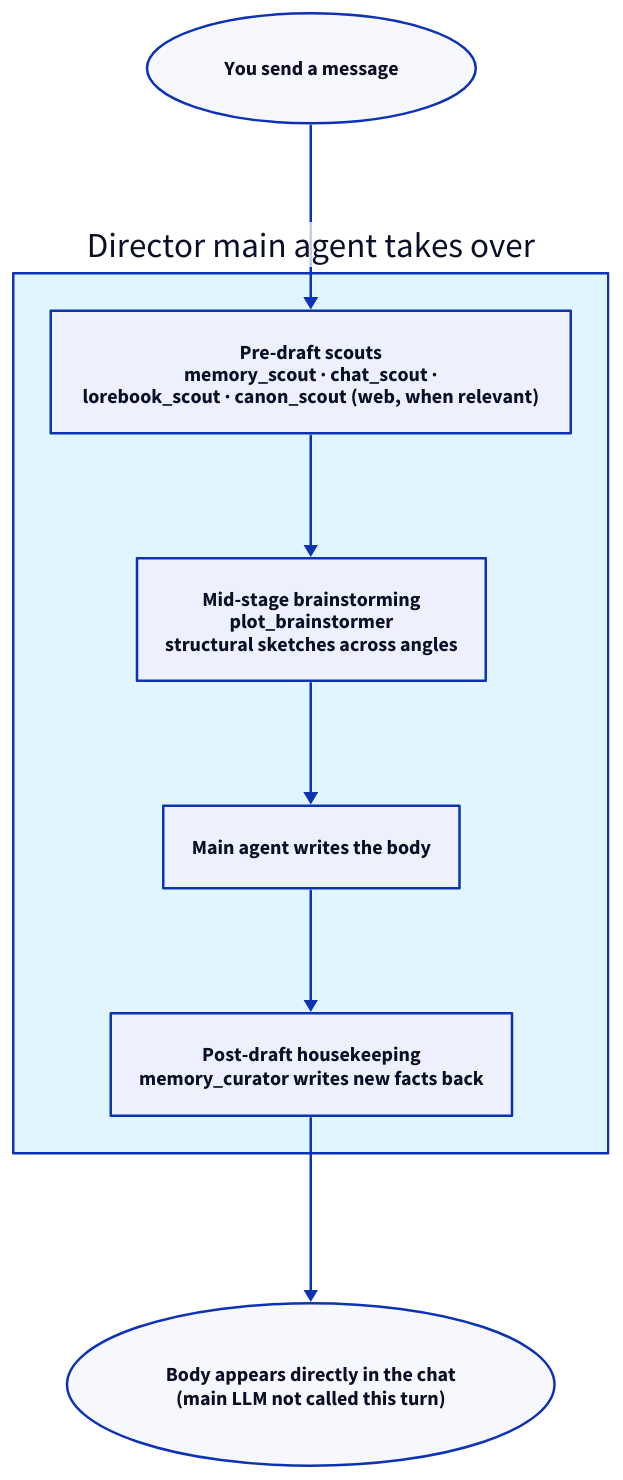
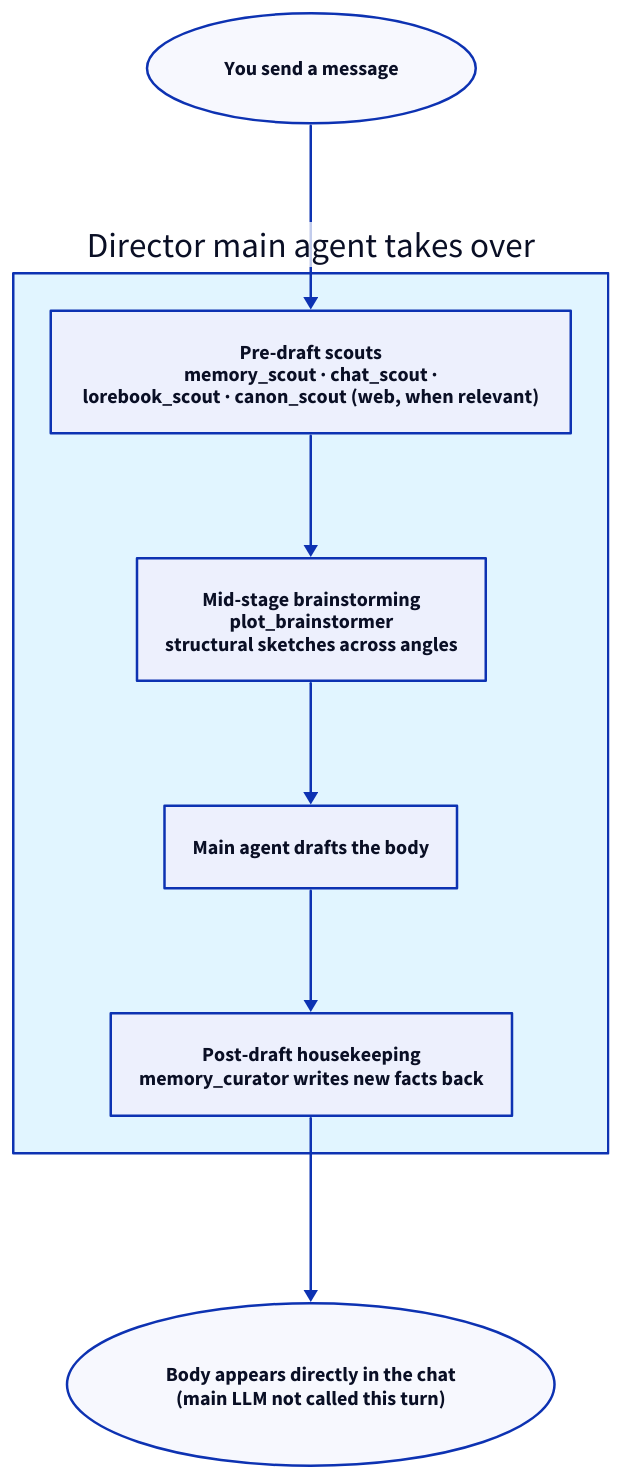
One commit to LaceLetho/Luker changed the diagram in docs/recipes/agent-onboarding.md. Above: the diagram before and after it, drawn with D2. The commit also changed other lines of this file and 257 other files, not shown here.

````diff
--- a/docs/recipes/agent-onboarding.md
+++ b/docs/recipes/agent-onboarding.md
@@ -23,17 +23,17 @@
 ```d2
 direction: down
 
 start: "You send a message" { shape: oval }
 
 orch: "Director main agent takes over" {
   style.fill: "#e1f5ff"
   scouts: "Pre-draft scouts\nmemory_scout · chat_scout ·\nlorebook_scout · canon_scout (web, when relevant)"
   brain: "Mid-stage brainstorming\nplot_brainstormer\nstructural sketches across angles"
-  draft: "Main agent writes the body"
+  draft: "Main agent drafts the body"
   curate: "Post-draft housekeeping\nmemory_curator writes new facts back"
 }
 
 end: "Body appears directly in the chat\n(main LLM not called this turn)" { shape: oval }
 
 start -> orch.scouts -> orch.brain -> orch.draft -> orch.curate -> end
 ```
````
